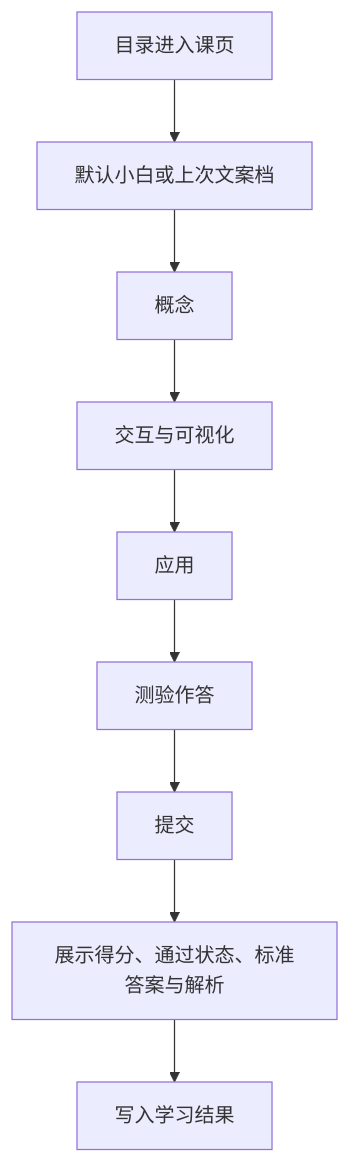
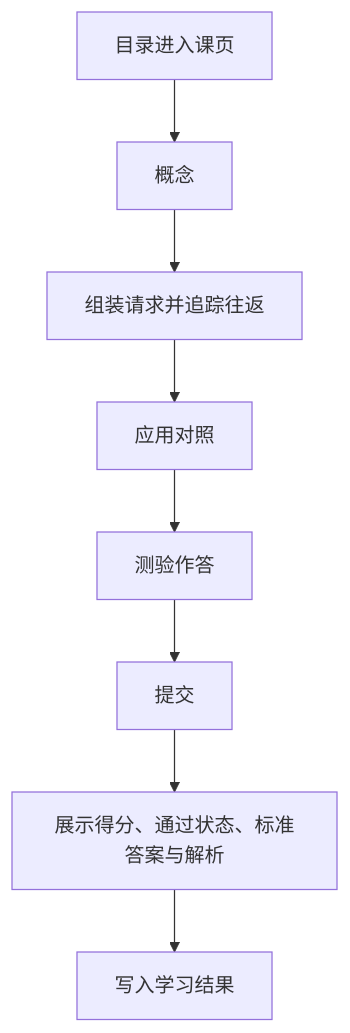
One commit to Izelzzz/interactive-tech-learning changed the diagram in docs/2026-10-18-http-course-from-scratch/产品规格.md. Above: the diagram before and after it, drawn with Mermaid. The commit also changed other lines of this file and 48 other files, not shown here.

````diff
--- a/docs/2026-10-18-http-course-from-scratch/产品规格.md
+++ b/docs/2026-10-18-http-course-from-scratch/产品规格.md
@@ -98,11 +100,10 @@
 ```mermaid
 flowchart TD
-  A[目录进入课页] --> B[默认小白或上次文案档]
-  B --> C[概念]
-  C --> D[交互与可视化]
-  D --> E[应用]
+  A[目录进入课页] --> C[概念]
+  C --> D[组装请求并追踪往返]
+  D --> E[应用对照]
   E --> F[测验作答]
   F --> G[提交]
   G --> H[展示得分、通过状态、标准答案与解析]
   H --> I[写入学习结果]
 ```
````
